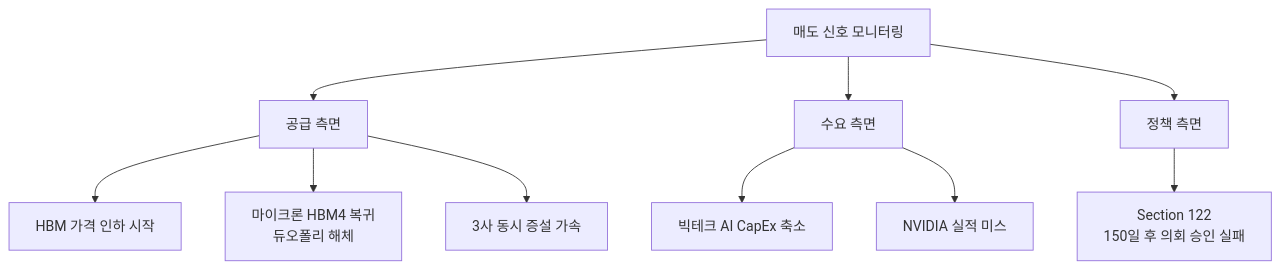
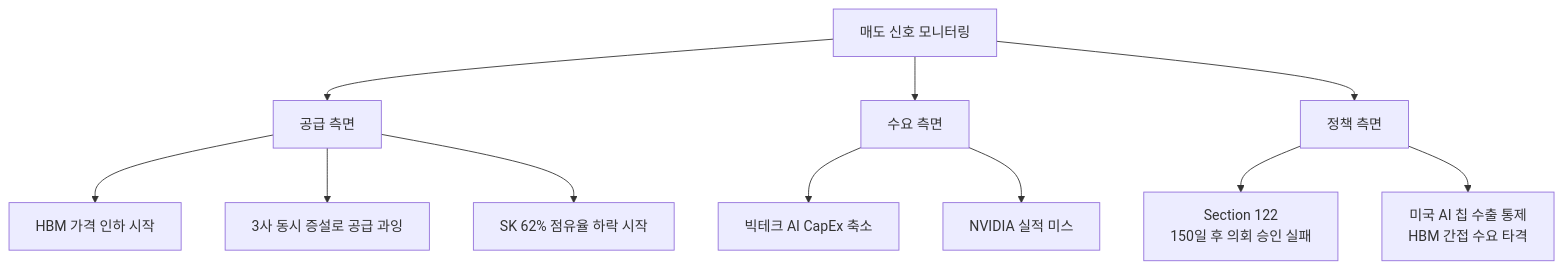
One commit to dss99911/dss99911.github.io changed the third of 3 diagrams in _posts/knowledge/invest/2026-01-21-hbm-sector-outlook-2026.md. Above: the diagram before and after it, drawn with Mermaid. The commit also changed other lines of this file and 15 other files, not shown here.

````diff
--- a/_posts/knowledge/invest/2026-01-21-hbm-sector-outlook-2026.md
+++ b/_posts/knowledge/invest/2026-01-21-hbm-sector-outlook-2026.md
@@ -258,15 +275,16 @@
 ```mermaid
 flowchart TD
     A["매도 신호 모니터링"] --> B["공급 측면"]
     A --> C["수요 측면"]
     A --> D["정책 측면"]
 
     B --> B1["HBM 가격 인하 시작"]
-    B --> B2["마이크론 HBM4 복귀<br/>듀오폴리 해체"]
-    B --> B3["3사 동시 증설 가속"]
+    B --> B2["3사 동시 증설로 공급 과잉"]
+    B --> B3["SK 62% 점유율 하락 시작"]
 
     C --> C1["빅테크 AI CapEx 축소"]
     C --> C2["NVIDIA 실적 미스"]
 
     D --> D1["Section 122<br/>150일 후 의회 승인 실패"]
+    D --> D2["미국 AI 칩 수출 통제<br/>HBM 간접 수요 타격"]
 ```
````
